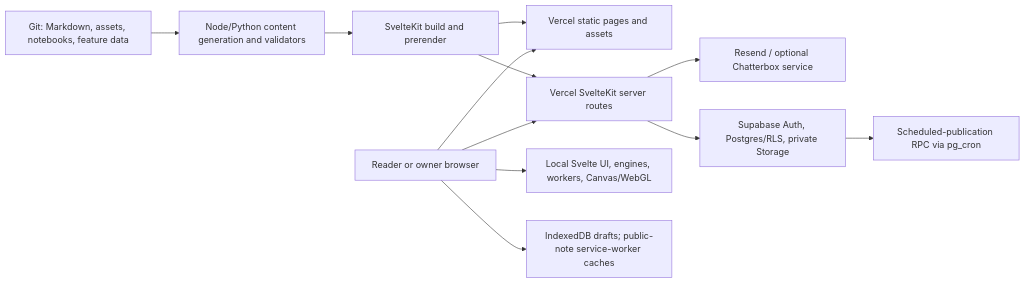
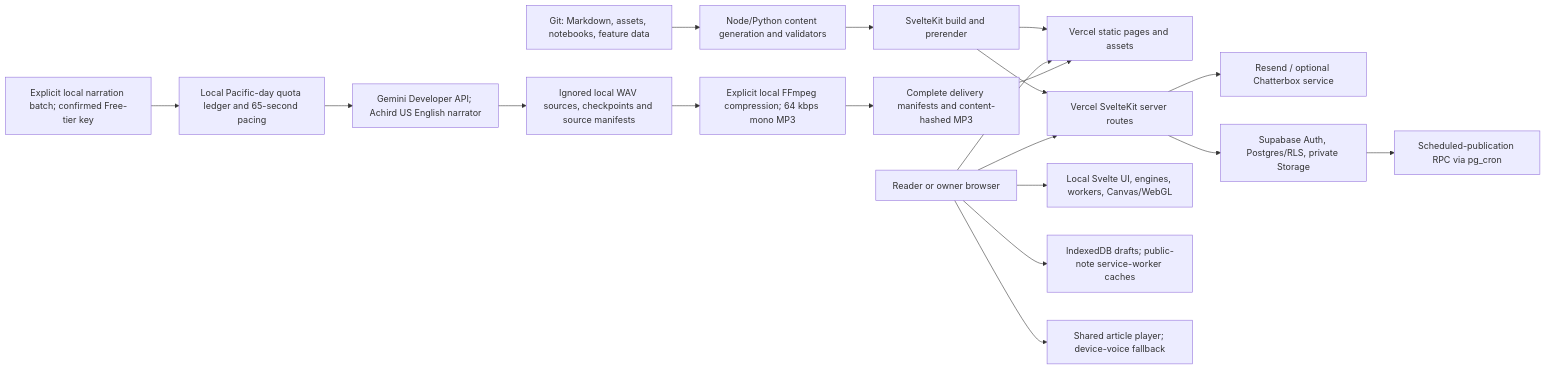
One commit to suvrotica/suvroghosh-in changed the first of 12 diagrams in docs/architecture/ARCHITECTURE.md. Above: the diagram before and after it, drawn with Mermaid. The commit also changed other lines of this file and 44 other files, not shown here.

First line of the commit message:
Add Achird article narration with compressed static delivery

````diff
--- a/docs/architecture/ARCHITECTURE.md
+++ b/docs/architecture/ARCHITECTURE.md
@@ -21,14 +21,21 @@
 ```mermaid
 flowchart LR
     Sources["Git: Markdown, assets, notebooks, feature data"] --> Generation["Node/Python content generation and validators"]
     Generation --> Kit["SvelteKit build and prerender"]
     Kit --> Static["Vercel static pages and assets"]
     Kit --> SSR["Vercel SvelteKit server routes"]
     Browser["Reader or owner browser"] --> Static
     Browser --> SSR
     Browser --> Engines["Local Svelte UI, engines, workers, Canvas/WebGL"]
     SSR --> Providers["Resend / optional Chatterbox service"]
     SSR --> Supabase["Supabase Auth, Postgres/RLS, private Storage"]
     Supabase --> Cron["Scheduled-publication RPC via pg_cron"]
     Browser --> Local["IndexedDB drafts; public-note service-worker caches"]
+    Author["Explicit local narration batch; confirmed Free-tier key"] --> Ledger["Local Pacific-day quota ledger and 65-second pacing"]
+    Ledger --> Google["Gemini Developer API; Achird US English narrator"]
+    Google --> SourcesAudio["Ignored local WAV sources, checkpoints and source manifests"]
+    SourcesAudio --> EncodeAudio["Explicit local FFmpeg compression; 64 kbps mono MP3"]
+    EncodeAudio --> Audio["Complete delivery manifests and content-hashed MP3"]
+    Audio --> Static
+    Browser --> Speech["Shared article player; device-voice fallback"]
 ```
````
